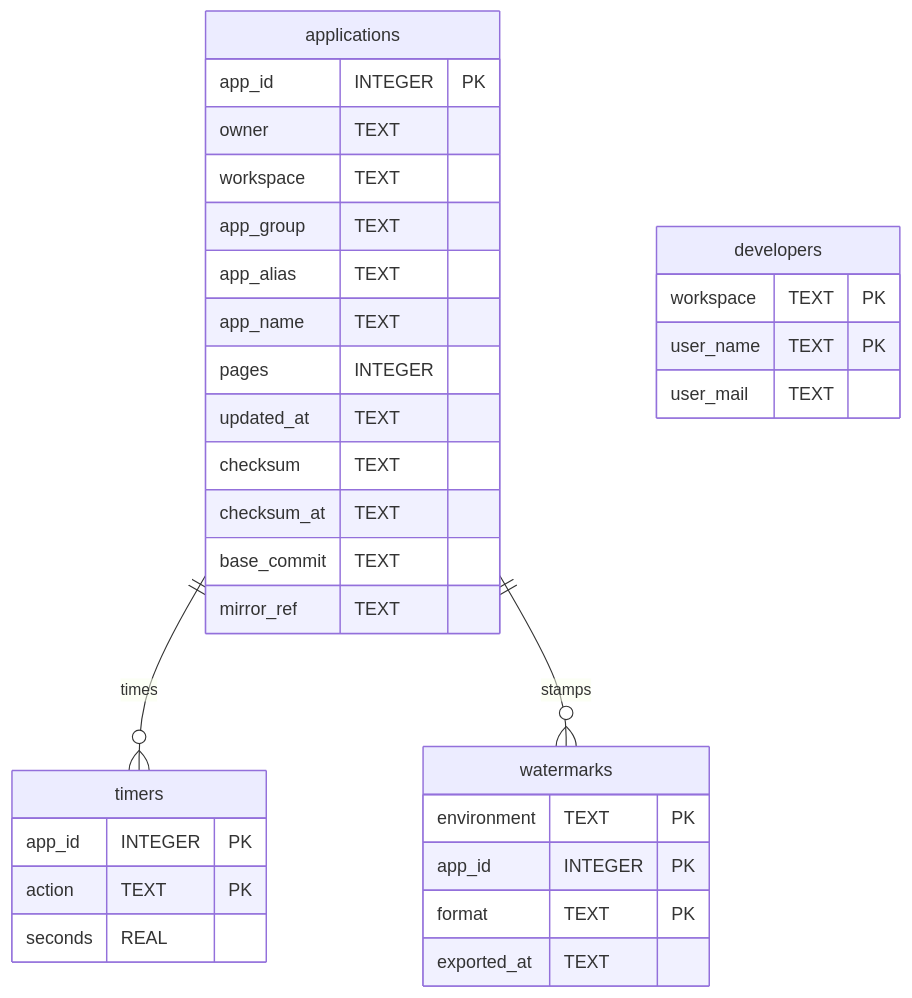
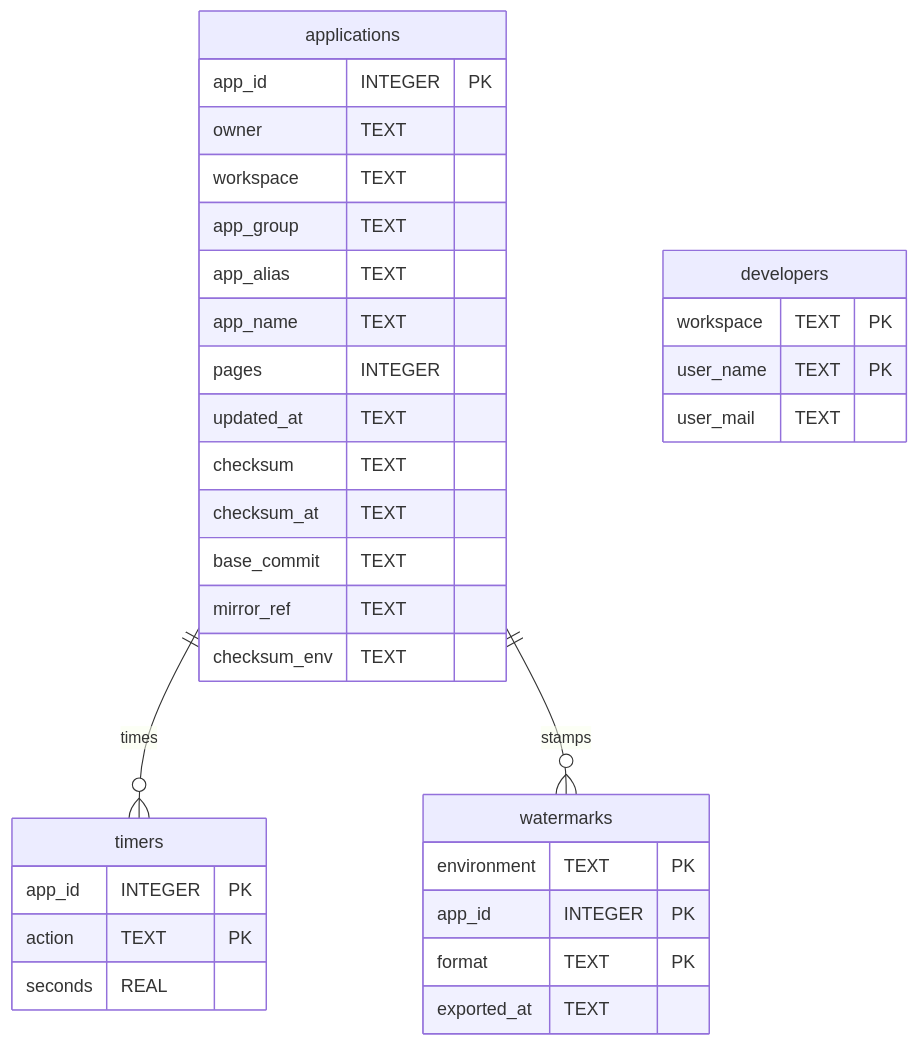
The diagram in docs/storage_apex.md (jkvetina/ADT.ai), drawn with Mermaid before and after one commit. The commit also changed other lines of this file and 121 other files, not shown here.

````diff
--- a/docs/storage_apex.md
+++ b/docs/storage_apex.md
@@ -9,35 +9,36 @@
 ```mermaid
 erDiagram
     applications {
         app_id INTEGER PK
         owner TEXT
         workspace TEXT
         app_group TEXT
         app_alias TEXT
         app_name TEXT
         pages INTEGER
         updated_at TEXT
         checksum TEXT
         checksum_at TEXT
         base_commit TEXT
         mirror_ref TEXT
+        checksum_env TEXT
     }
     developers {
         workspace TEXT PK
         user_name TEXT PK
         user_mail TEXT
     }
     timers {
         app_id INTEGER PK
         action TEXT PK
         seconds REAL
     }
     watermarks {
         environment TEXT PK
         app_id INTEGER PK
         format TEXT PK
         exported_at TEXT
     }
     applications ||--o{ timers : times
     applications ||--o{ watermarks : stamps
 ```
````
